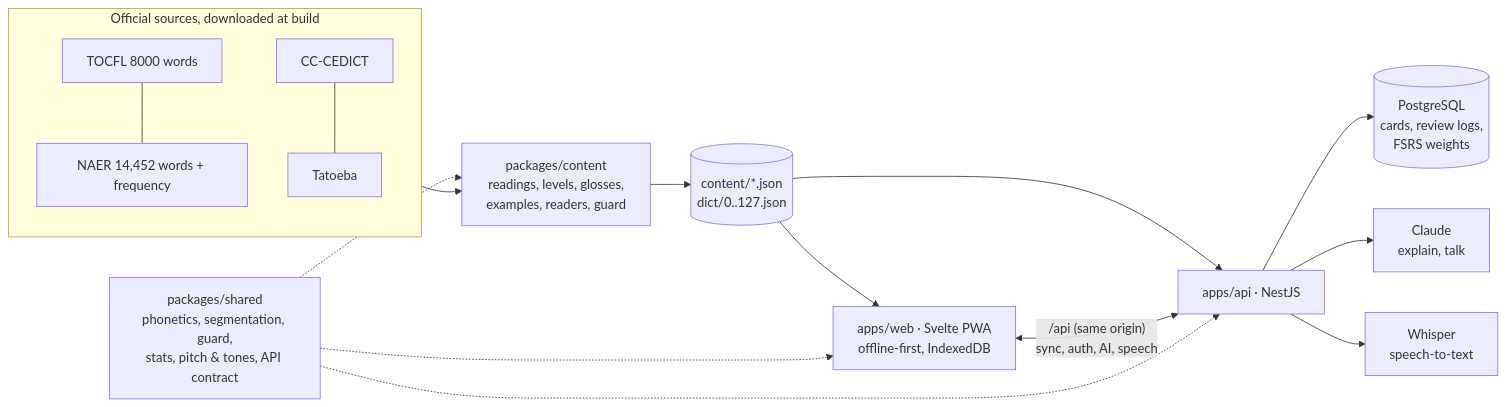
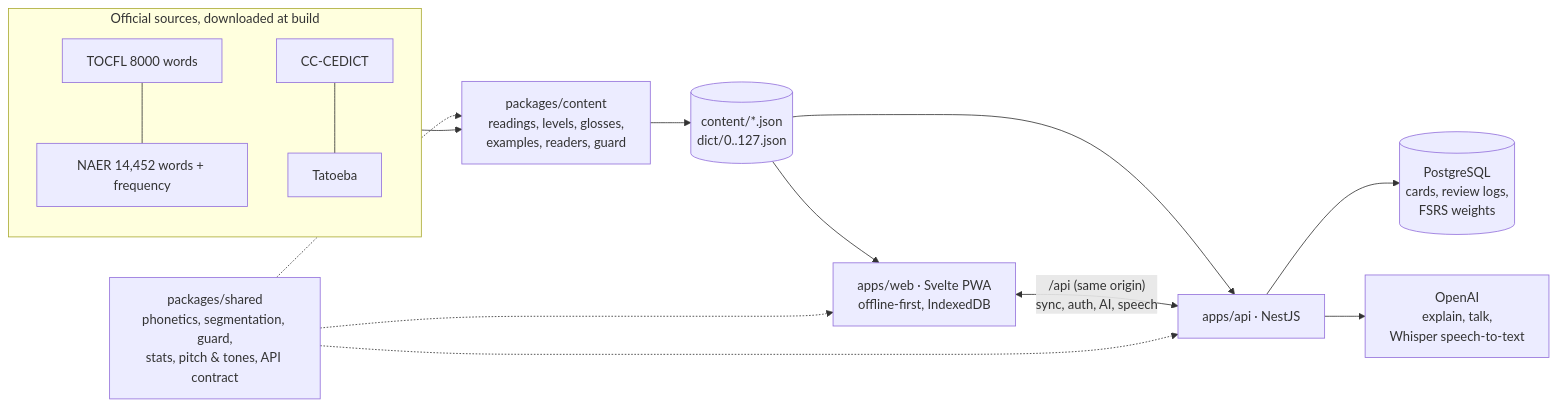
One commit to amangeldievkuu/taiwan-mandarin changed the diagram in README.md. Above: the diagram before and after it, drawn with Mermaid. The commit also changed other lines of this file and 16 other files, not shown here.

````diff
--- a/README.md
+++ b/README.md
@@ -21,16 +21,15 @@
 ```mermaid
 flowchart LR
   subgraph sources[Official sources, downloaded at build]
     TOCFL[TOCFL 8000 words] --- NAER[NAER 14,452 words + frequency]
     CEDICT[CC-CEDICT] --- TATOEBA[Tatoeba]
   end
   sources --> PIPE[packages/content<br/>readings, levels, glosses,<br/>examples, readers, guard]
   PIPE --> FILES[(content/*.json<br/>dict/0..127.json)]
   FILES --> WEB[apps/web · Svelte PWA<br/>offline-first, IndexedDB]
   FILES --> API[apps/api · NestJS]
   WEB <-- "/api (same origin)<br/>sync, auth, AI, speech" --> API
   API --> PG[(PostgreSQL<br/>cards, review logs,<br/>FSRS weights)]
-  API --> CLAUDE[Claude<br/>explain, talk]
-  API --> WHISPER[Whisper<br/>speech-to-text]
+  API --> OPENAI[OpenAI<br/>explain, talk,<br/>Whisper speech-to-text]
   SHARED[packages/shared<br/>phonetics, segmentation, guard,<br/>stats, pitch & tones, API contract] -.-> PIPE & WEB & API
 ```
````
